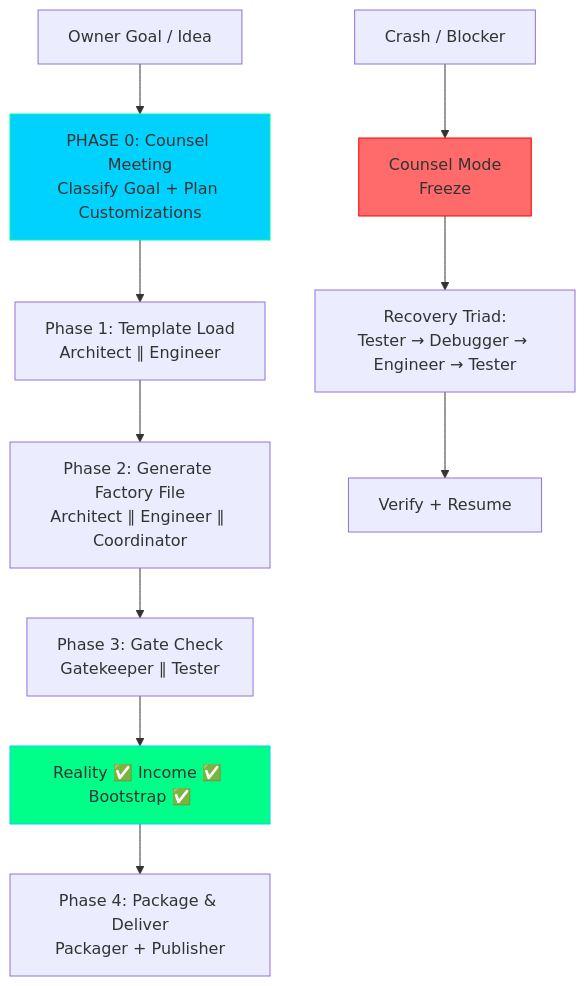
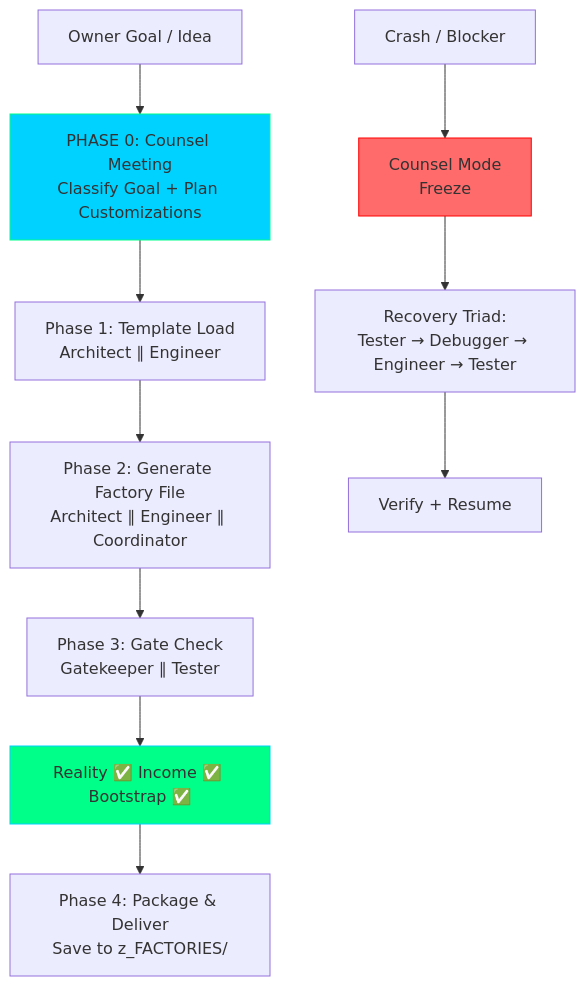
One commit to Mr-Dvck/FACTORY_PLANT changed the diagram in .github/copilot-instructions.md. Above: the diagram before and after it, drawn with Mermaid. The commit also changed other lines of this file and 9 other files, not shown here.

````diff
--- a/.github/copilot-instructions.md
+++ b/.github/copilot-instructions.md
@@ -349,17 +352,17 @@
 ```mermaid
 graph TD
     A[Owner Goal / Idea] --> B[PHASE 0: Counsel Meeting<br/>Classify Goal + Plan Customizations]
     B --> C[Phase 1: Template Load<br/>Architect ∥ Engineer]
     C --> D[Phase 2: Generate Factory File<br/>Architect ∥ Engineer ∥ Coordinator]
     D --> E[Phase 3: Gate Check<br/>Gatekeeper ∥ Tester]
     E --> F[Reality ✅ Income ✅ Bootstrap ✅]
-    F --> G[Phase 4: Package & Deliver<br/>Packager + Publisher]
+    F --> G[Phase 4: Package & Deliver<br/>Save to z_FACTORIES/]
     
     H[Crash / Blocker] --> I[Counsel Mode<br/>Freeze]
     I --> J[Recovery Triad:<br/>Tester → Debugger → Engineer → Tester]
     J --> K[Verify + Resume]
     
     style B fill:#00d2ff,stroke:#00ff88
     style F fill:#00ff88,stroke:#00d2ff
     style I fill:#ff6b6b,stroke:#ff0000
 ```
````
